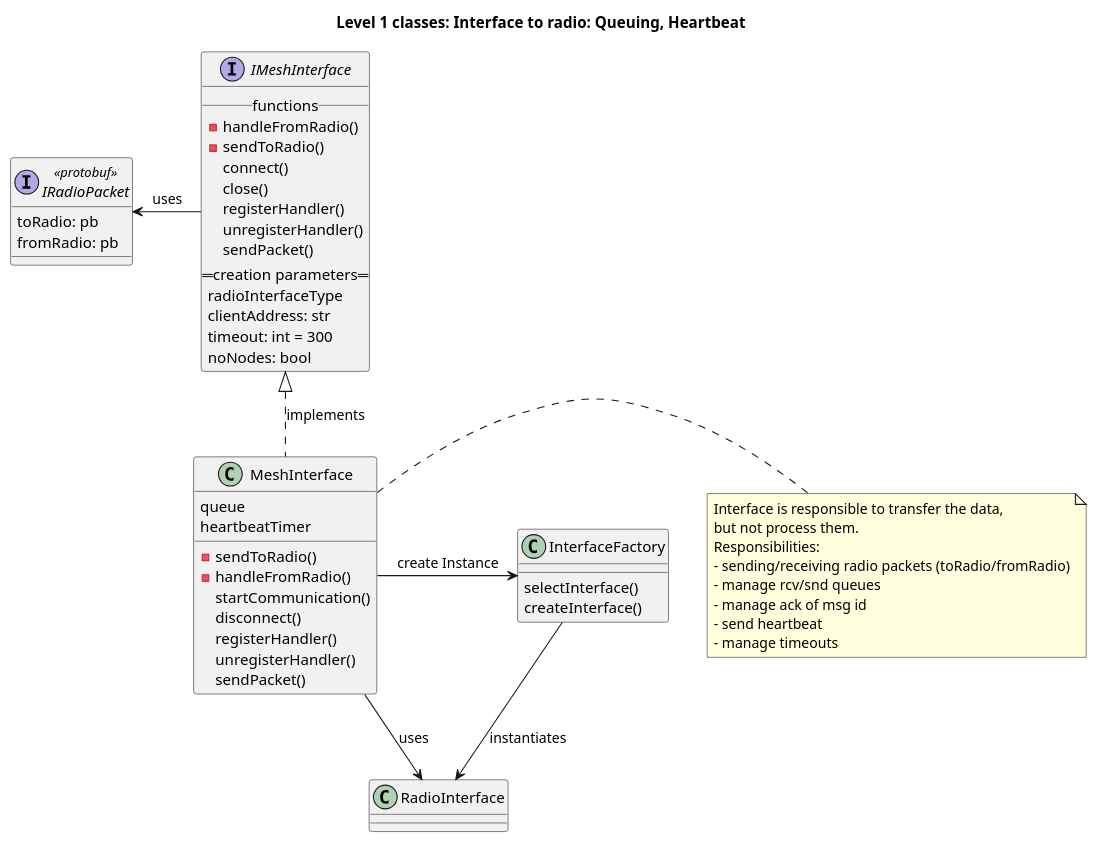
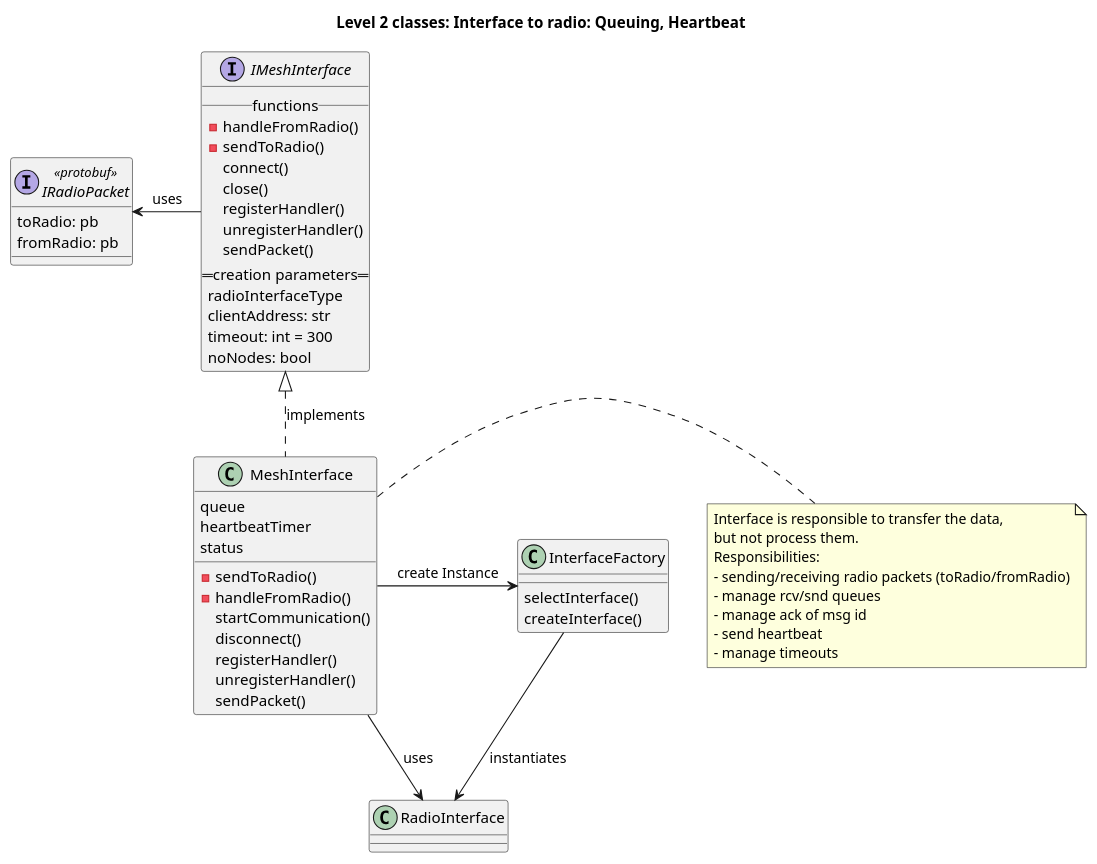
One commit to juergenRe/python changed the second of 7 diagrams in meshtastic/devdoc/Architecture.md. Above: the diagram before and after it, drawn with PlantUML. The commit also changed other lines of this file and 14 other files, not shown here.

````diff
--- a/meshtastic/devdoc/Architecture.md
+++ b/meshtastic/devdoc/Architecture.md
@@ -177,59 +177,60 @@
 ```plantuml
-title Level 1 classes: Interface to radio: Queuing, Heartbeat
+title Level 2 classes: Interface to radio: Queuing, Heartbeat
 interface IMeshInterface {
     __ functions __
     -handleFromRadio()
     -sendToRadio()
     connect()
     close()
     registerHandler()
     unregisterHandler()
     sendPacket()
     == creation parameters ==
     radioInterfaceType
     clientAddress: str
     timeout: int = 300
     noNodes: bool
 }
 
 interface IRadioPacket <<protobuf>>{
     toRadio: pb
     fromRadio: pb
 }
 
 class MeshInterface {
     queue
     heartbeatTimer
+    status
     -sendToRadio()
     -handleFromRadio()
     startCommunication()
     disconnect()
     registerHandler()
     unregisterHandler()
     sendPacket()
 }
 
 class InterfaceFactory{
     selectInterface()
     createInterface()
 }
 
 note right of MeshInterface
     Interface is responsible to transfer the data, 
     but not process them.
     Responsibilities:
     - sending/receiving radio packets (toRadio/fromRadio)
     - manage rcv/snd queues
     - manage ack of msg id
     - send heartbeat
     - manage timeouts
 end note
 
 MeshInterface .up.|> IMeshInterface: implements
 IMeshInterface -left-> IRadioPacket: uses
 MeshInterface -right-> InterfaceFactory: "create Instance"
 InterfaceFactory -down-> RadioInterface: instantiates
 MeshInterface --> RadioInterface: uses
 
 
 ```
````
